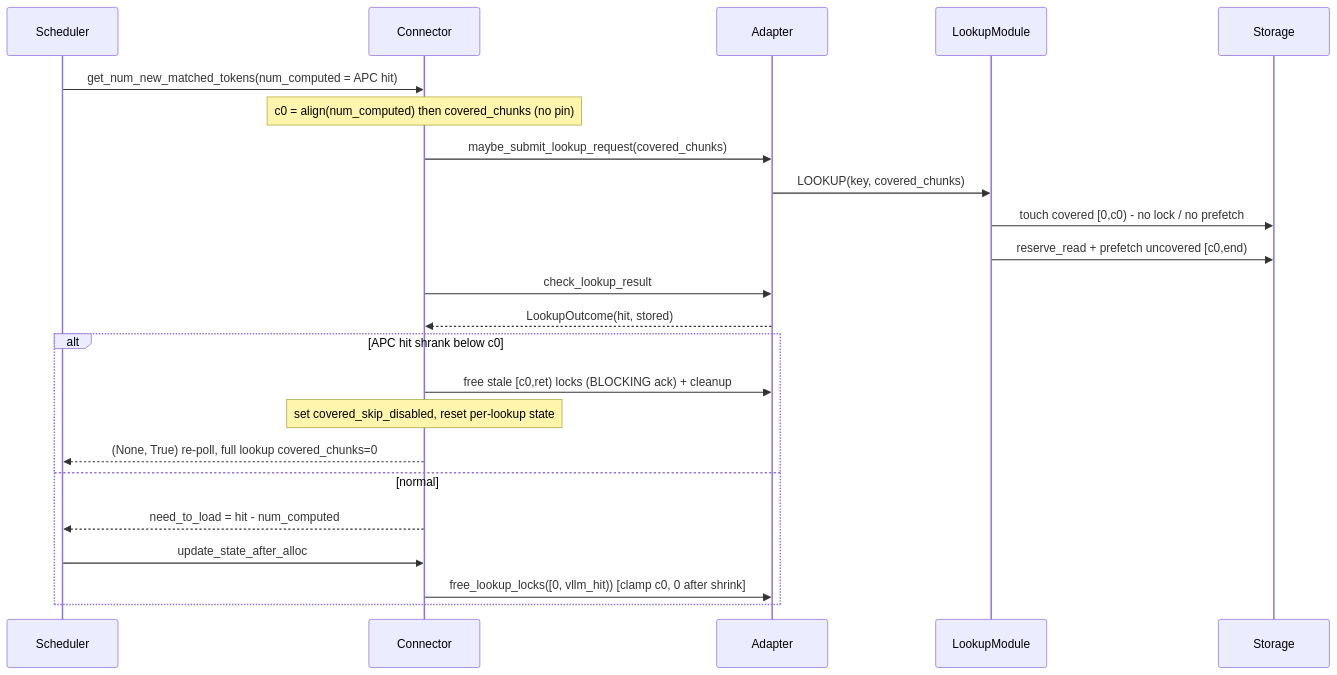
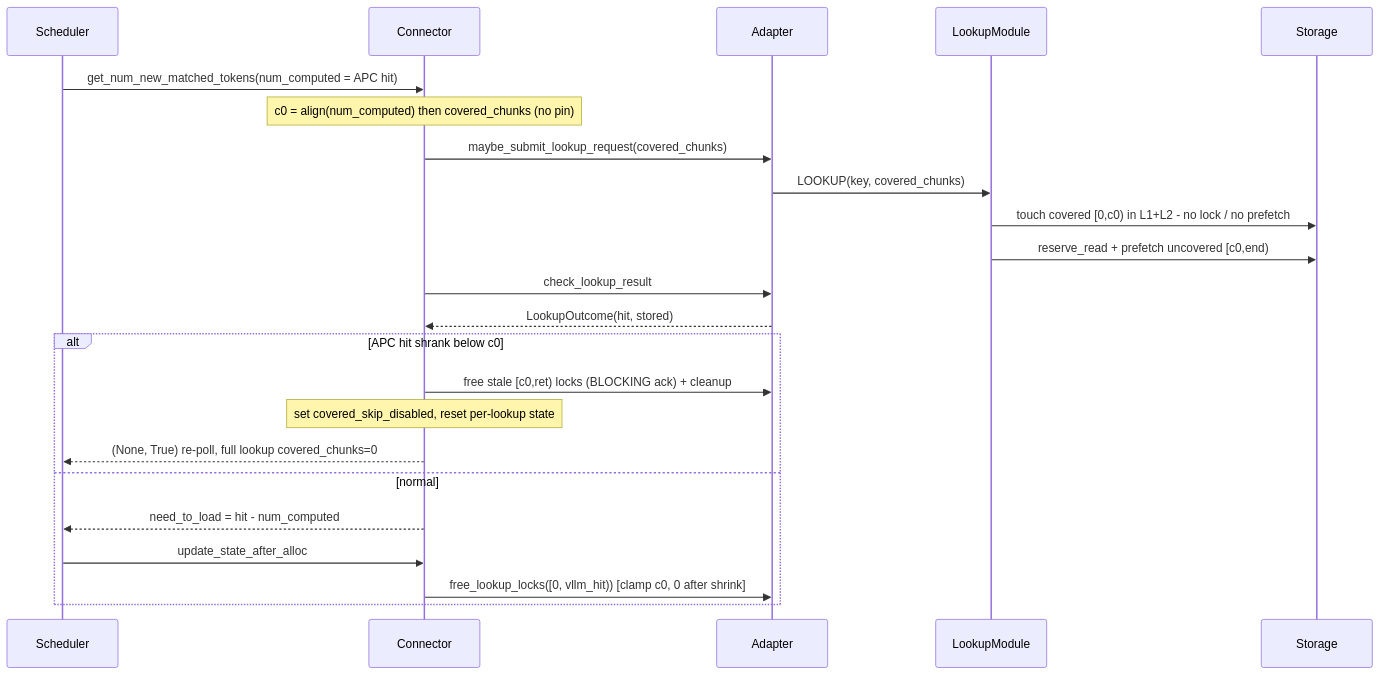
Before and after one commit to LMCache/LMCache: the diagram in docs/design/v1/multiprocess/modules/apc_covered_lookup.md, drawn with Mermaid. The commit also changed other lines of this file and 5 other files, not shown here.

````diff
--- a/docs/design/v1/multiprocess/modules/apc_covered_lookup.md
+++ b/docs/design/v1/multiprocess/modules/apc_covered_lookup.md
@@ -68,27 +79,27 @@
 ```mermaid
 sequenceDiagram
     participant S as Scheduler
     participant C as Connector
     participant A as Adapter
     participant L as LookupModule
     participant SM as Storage
 
     S->>C: get_num_new_matched_tokens(num_computed = APC hit)
     Note over C: c0 = align(num_computed) then covered_chunks (no pin)
     C->>A: maybe_submit_lookup_request(covered_chunks)
     A->>L: LOOKUP(key, covered_chunks)
-    L->>SM: touch covered [0,c0) - no lock / no prefetch
+    L->>SM: touch covered [0,c0) in L1+L2 - no lock / no prefetch
     L->>SM: reserve_read + prefetch uncovered [c0,end)
     C->>A: check_lookup_result
     A-->>C: LookupOutcome(hit, stored)
 
     alt APC hit shrank below c0
         C->>A: free stale [c0,ret) locks (BLOCKING ack) + cleanup
         Note over C: set covered_skip_disabled, reset per-lookup state
         C-->>S: (None, True) re-poll, full lookup covered_chunks=0
     else normal
         C-->>S: need_to_load = hit - num_computed
         S->>C: update_state_after_alloc
         C->>A: free_lookup_locks([0, vllm_hit)) [clamp c0, 0 after shrink]
     end
 ```
````
